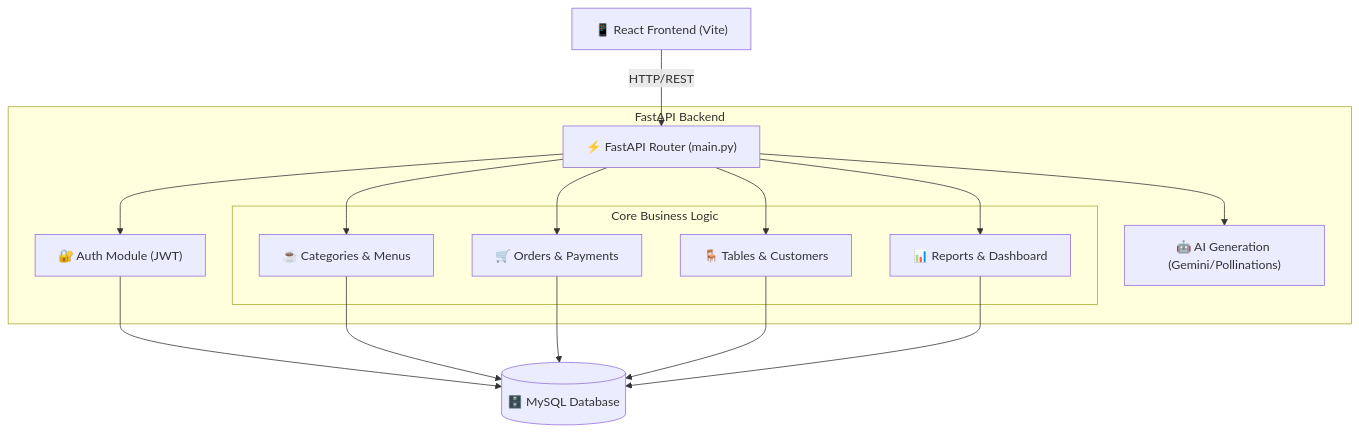
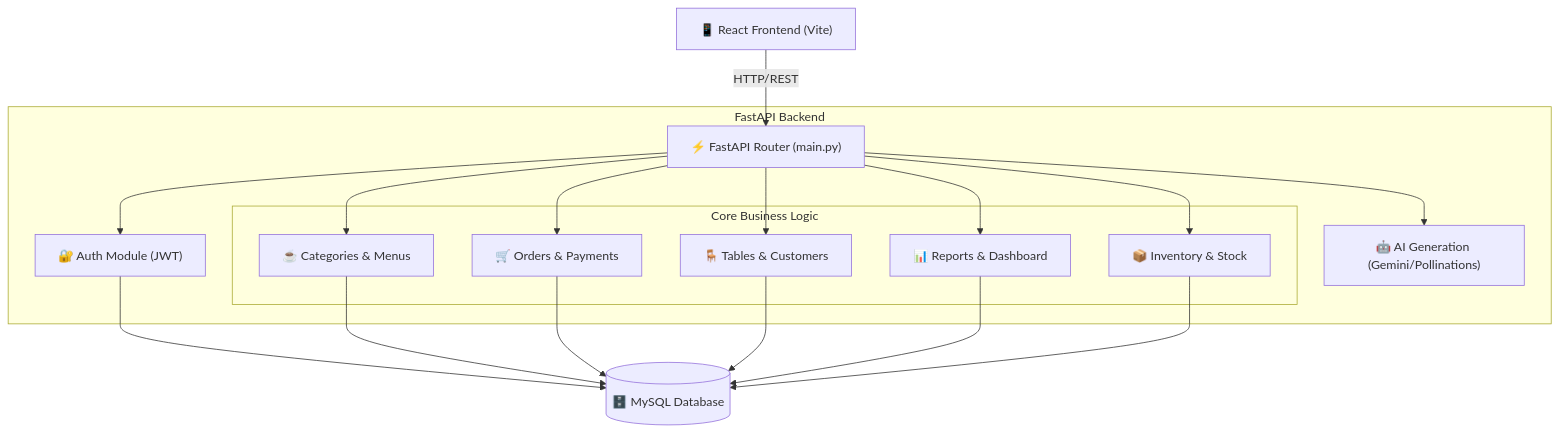
One commit to itachi1920x1080/Coffee-Shop-Management-System changed the first of 3 diagrams in analysis_diagrams.md. Above: the diagram before and after it, drawn with Mermaid. The commit also changed other lines of this file and 18 other files, not shown here.

Commit message:
feat: add Inventory management, Cash Flow charts, Profile settings, and update diagrams

````diff
--- a/analysis_diagrams.md
+++ b/analysis_diagrams.md
@@ -8,33 +8,36 @@
 ```mermaid
 graph TD
     Client["📱 React Frontend (Vite)"]
     
     subgraph FastAPI Backend
         API_Gateway["⚡ FastAPI Router (main.py)"]
         Auth_Mod["🔐 Auth Module (JWT)"]
         AI_Mod["🤖 AI Generation (Gemini/Pollinations)"]
         
         subgraph Core Business Logic
             CatMenu["☕ Categories & Menus"]
             OrderPay["🛒 Orders & Payments"]
             TableCust["🪑 Tables & Customers"]
             ReportDash["📊 Reports & Dashboard"]
+            InventoryMod["📦 Inventory & Stock"]
         end
     end
     
     DB[(🗄️ MySQL Database)]
     
     Client -- HTTP/REST --> API_Gateway
     API_Gateway --> Auth_Mod
     API_Gateway --> AI_Mod
     API_Gateway --> CatMenu
     API_Gateway --> OrderPay
     API_Gateway --> TableCust
     API_Gateway --> ReportDash
+    API_Gateway --> InventoryMod
     
     Auth_Mod --> DB
     CatMenu --> DB
     OrderPay --> DB
     TableCust --> DB
     ReportDash --> DB
+    InventoryMod --> DB
 ```
````
